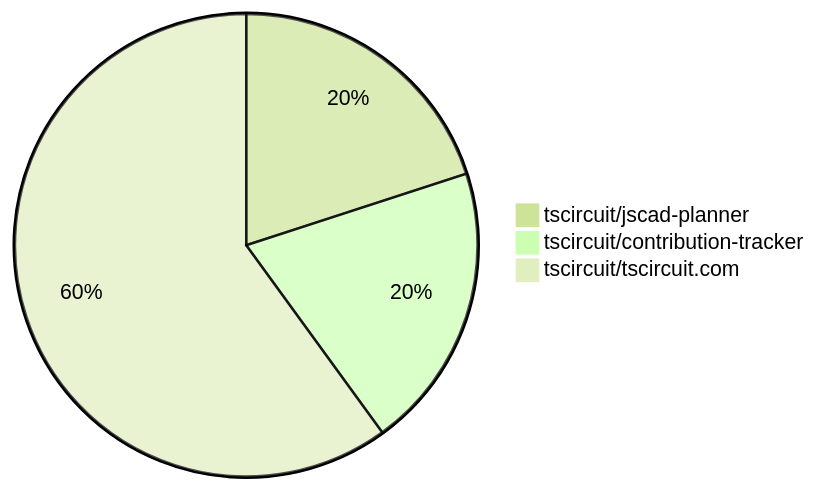
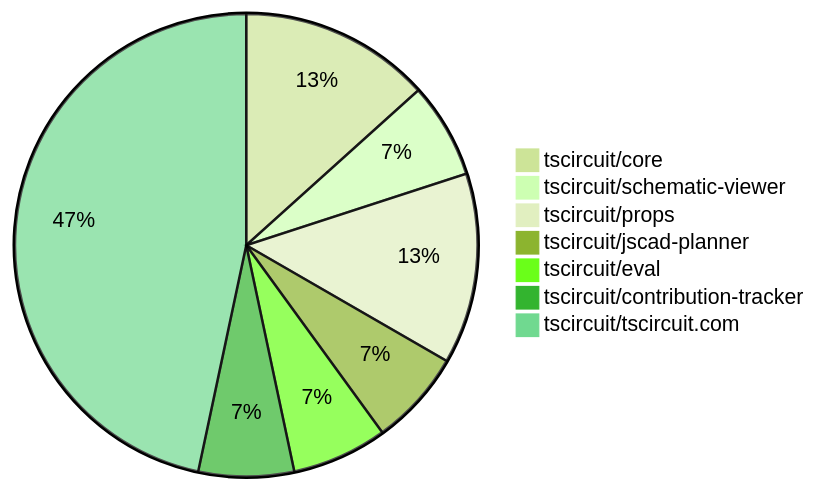
One commit to tscircuit/contribution-tracker changed the diagram in contribution-overviews/2025-04-09.md. Above: the diagram before and after it, drawn with Mermaid (forest theme). The commit also changed other lines of this file and 2 other files, not shown here.

````diff
--- a/contribution-overviews/2025-04-09.md
+++ b/contribution-overviews/2025-04-09.md
@@ -5,6 +5,10 @@
 ```mermaid
 pie
+    "tscircuit/core" : 2
+    "tscircuit/schematic-viewer" : 1
+    "tscircuit/props" : 2
     "tscircuit/jscad-planner" : 1
+    "tscircuit/eval" : 1
     "tscircuit/contribution-tracker" : 1
-    "tscircuit/tscircuit.com" : 3
+    "tscircuit/tscircuit.com" : 7
 ```
````
